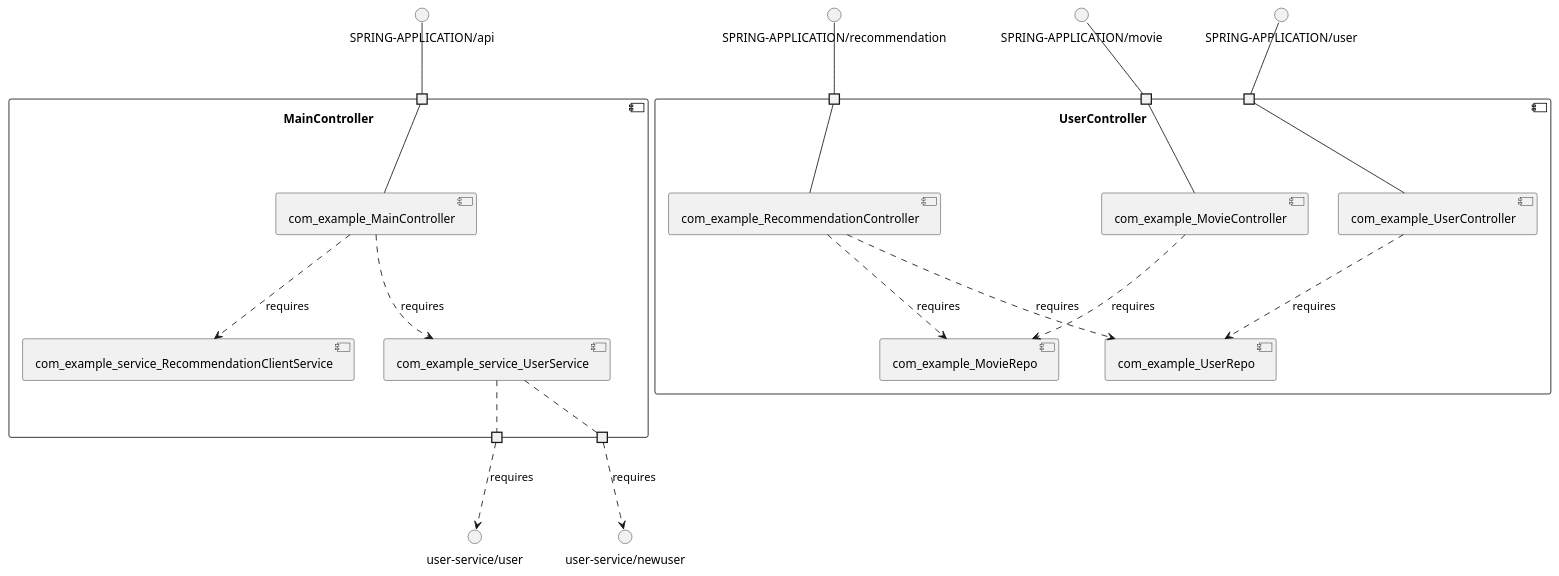
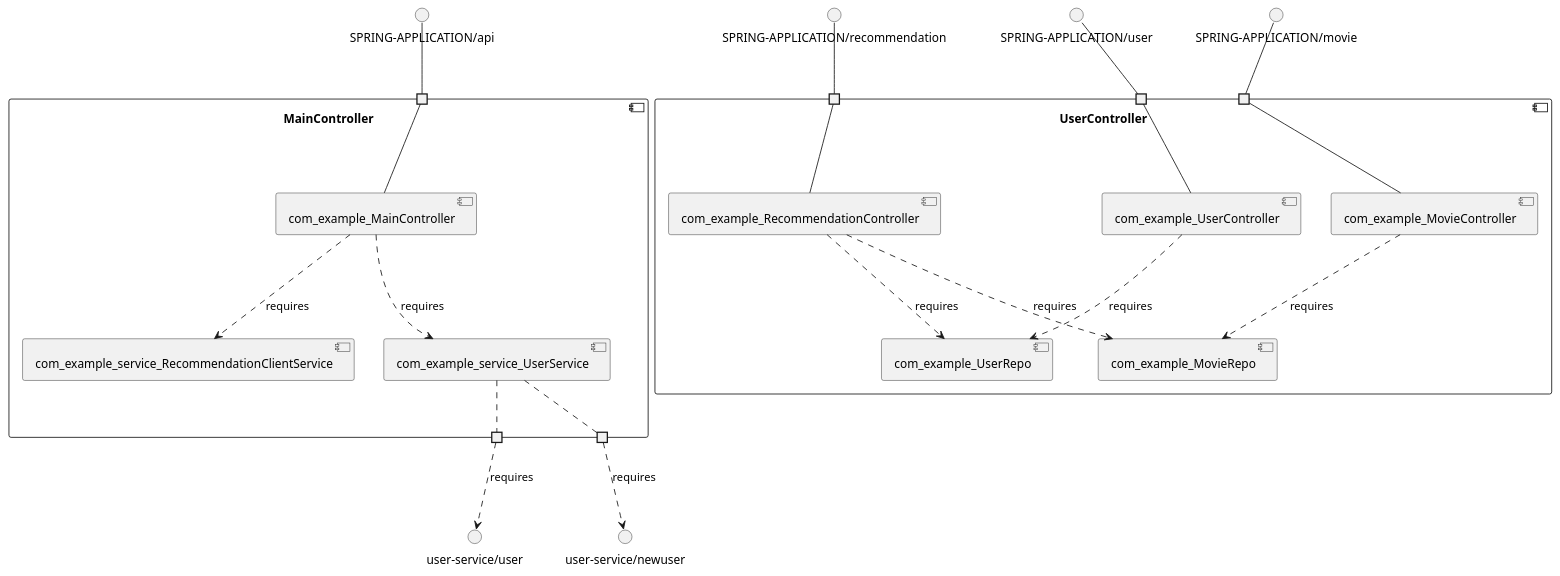
One commit to View-Based-Reverse-Engineering/Retriever-Benchmark changed the diagram in mdeket-spring-cloud-movie-recommendation/model_re/uml/componentDiagram.puml. Above: the diagram before and after it, drawn with PlantUML. The commit also changed other lines of this file and 195 other files, not shown here.

```diff
--- a/mdeket-spring-cloud-movie-recommendation/model_re/uml/componentDiagram.puml
+++ b/mdeket-spring-cloud-movie-recommendation/model_re/uml/componentDiagram.puml
@@ -1,46 +1,46 @@
 @startuml
 skinparam fixCircleLabelOverlapping true
 component "MainController\n\n\n\n\n\n" {
 [com_example_service_UserService]
 [com_example_MainController]
 [com_example_service_RecommendationClientService]
 portin " " as MainController.requires.SPRING_APPLICATION_api
 portout " " as MainController.provides.user_service_user
 portout " " as MainController.provides.user_service_newuser
+[com_example_MainController]..>[com_example_service_RecommendationClientService] : requires
 [com_example_MainController]..>[com_example_service_UserService] : requires
-[com_example_MainController]..>[com_example_service_RecommendationClientService] : requires
 "MainController.requires.SPRING_APPLICATION_api"--[com_example_MainController]
 [com_example_service_UserService].."MainController.provides.user_service_newuser"
 [com_example_service_UserService].."MainController.provides.user_service_user"
 }
 interface "SPRING-APPLICATION/api" as interface.SPRING_APPLICATION_api
 interface.SPRING_APPLICATION_api--"MainController.requires.SPRING_APPLICATION_api"
 interface "user-service/newuser" as interface.user_service_newuser
 "MainController.provides.user_service_newuser"..>interface.user_service_newuser : requires
 interface "user-service/user" as interface.user_service_user
 "MainController.provides.user_service_user"..>interface.user_service_user : requires
 component "UserController\n\n\n\n\n\n" {
-[com_example_RecommendationController]
 [com_example_MovieRepo]
 [com_example_UserRepo]
+[com_example_RecommendationController]
 [com_example_MovieController]
 [com_example_UserController]
 portin " " as UserController.requires.SPRING_APPLICATION_recommendation
+portin " " as UserController.requires.SPRING_APPLICATION_movie
 portin " " as UserController.requires.SPRING_APPLICATION_user
-portin " " as UserController.requires.SPRING_APPLICATION_movie
 [com_example_RecommendationController]..>[com_example_MovieRepo] : requires
 [com_example_MovieController]..>[com_example_MovieRepo] : requires
 [com_example_RecommendationController]..>[com_example_UserRepo] : requires
 [com_example_UserController]..>[com_example_UserRepo] : requires
 "UserController.requires.SPRING_APPLICATION_recommendation"--[com_example_RecommendationController]
+"UserController.requires.SPRING_APPLICATION_user"--[com_example_UserController]
 "UserController.requires.SPRING_APPLICATION_movie"--[com_example_MovieController]
-"UserController.requires.SPRING_APPLICATION_user"--[com_example_UserController]
 }
 interface "SPRING-APPLICATION/recommendation" as interface.SPRING_APPLICATION_recommendation
 interface.SPRING_APPLICATION_recommendation--"UserController.requires.SPRING_APPLICATION_recommendation"
+interface "SPRING-APPLICATION/user" as interface.SPRING_APPLICATION_user
+interface.SPRING_APPLICATION_user--"UserController.requires.SPRING_APPLICATION_user"
 interface "SPRING-APPLICATION/movie" as interface.SPRING_APPLICATION_movie
 interface.SPRING_APPLICATION_movie--"UserController.requires.SPRING_APPLICATION_movie"
-interface "SPRING-APPLICATION/user" as interface.SPRING_APPLICATION_user
-interface.SPRING_APPLICATION_user--"UserController.requires.SPRING_APPLICATION_user"
 
 @enduml
```
